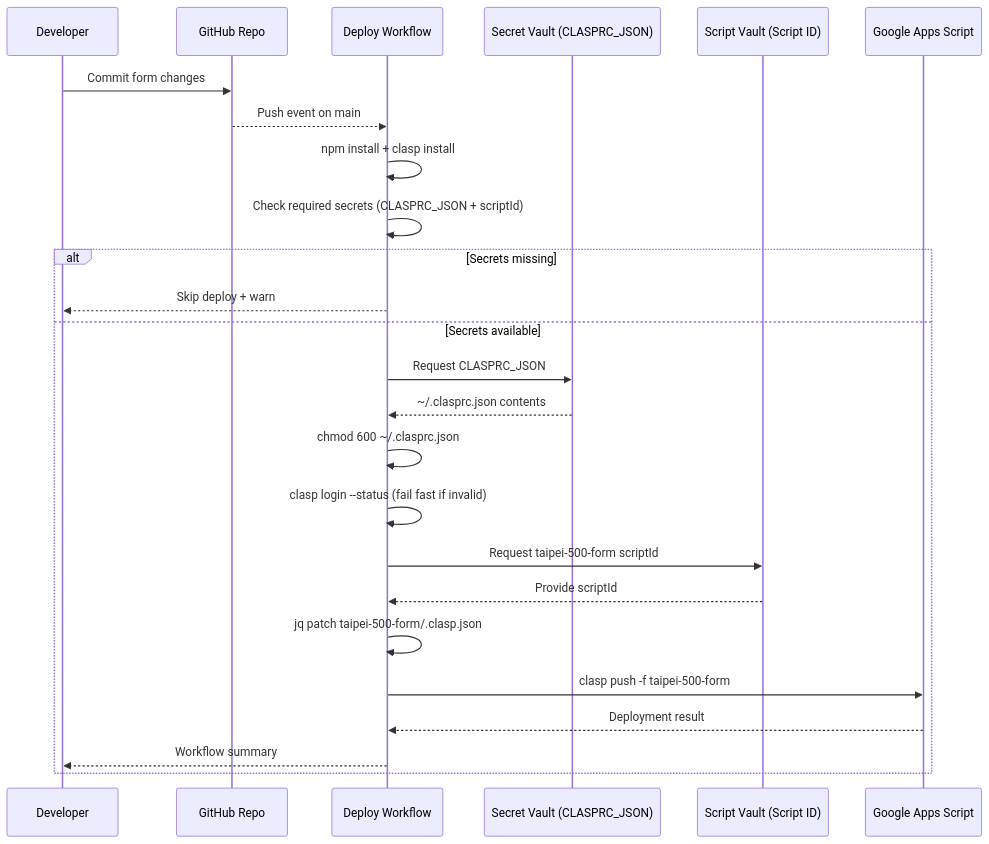
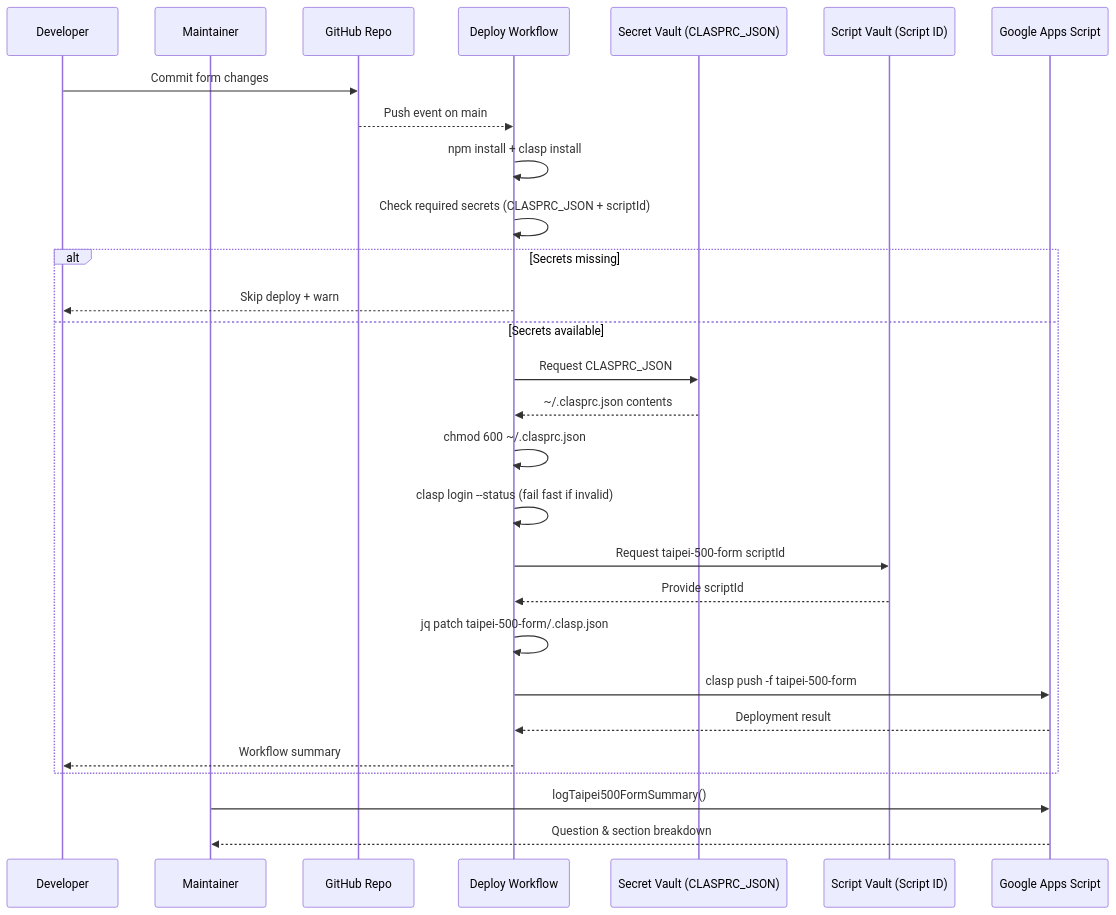
The third of 5 diagrams in README.md (muyueh/clasp-from-fresh), drawn with Mermaid before and after one commit. The commit also changed other lines of this file and 1 other file, not shown here.

Commit message:
Add form diagnostics helpers

````diff
--- a/README.md
+++ b/README.md
@@ -41,27 +45,30 @@
 ```mermaid
 sequenceDiagram
     participant Dev as Developer
+    participant Maint as Maintainer
     participant Repo as GitHub Repo
     participant CI as Deploy Workflow
     participant Secret as Secret Vault (CLASPRC_JSON)
     participant ScriptSecret as Script Vault (Script ID)
     participant GAS as Google Apps Script
     Dev->>Repo: Commit form changes
     Repo-->>CI: Push event on main
     CI->>CI: npm install + clasp install
     CI->>CI: Check required secrets (CLASPRC_JSON + scriptId)
     alt Secrets missing
         CI-->>Dev: Skip deploy + warn
     else Secrets available
         CI->>Secret: Request CLASPRC_JSON
         Secret-->>CI: ~/.clasprc.json contents
         CI->>CI: chmod 600 ~/.clasprc.json
         CI->>CI: clasp login --status (fail fast if invalid)
         CI->>ScriptSecret: Request taipei-500-form scriptId
         ScriptSecret-->>CI: Provide scriptId
         CI->>CI: jq patch taipei-500-form/.clasp.json
         CI->>GAS: clasp push -f taipei-500-form
         GAS-->>CI: Deployment result
         CI-->>Dev: Workflow summary
     end
+    Maint->>GAS: logTaipei500FormSummary()
+    GAS-->>Maint: Question & section breakdown
 ```
````
